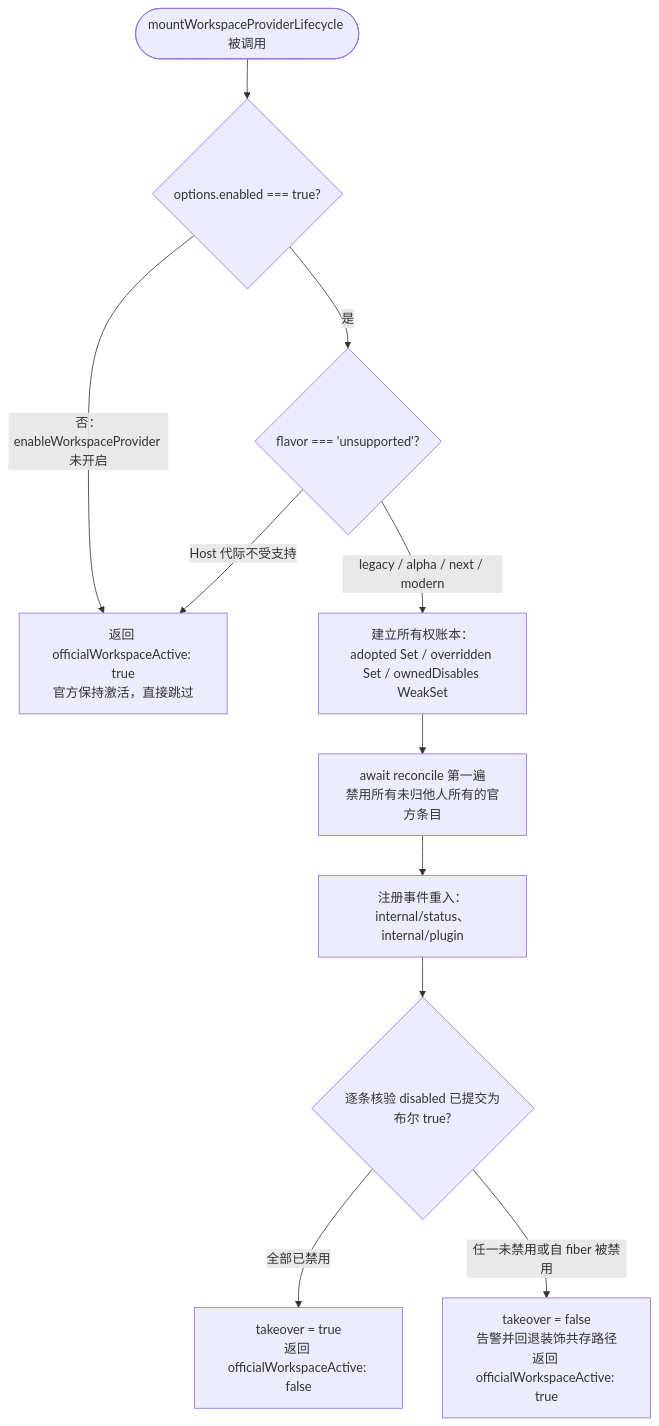
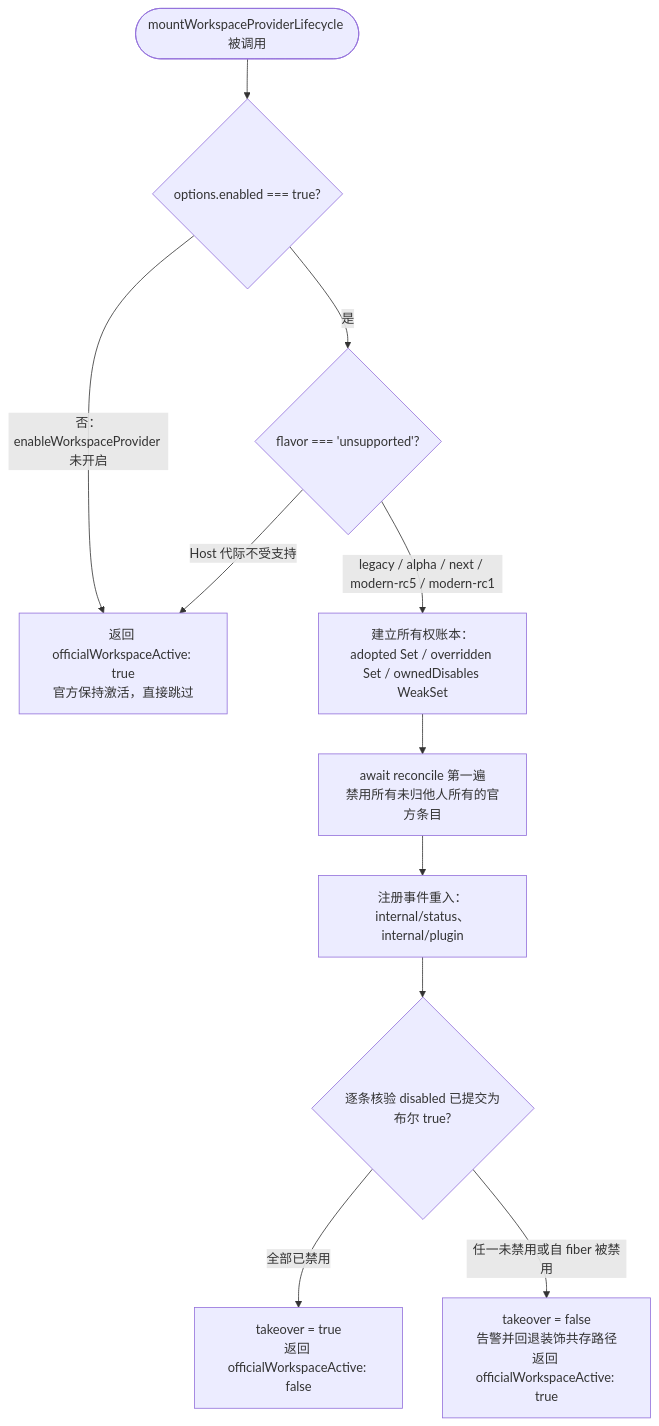
Before and after one commit to ikliml666/dsh-git-workspace: the second of 7 diagrams in .codewiki/_native-state/docs/core_worktree_domain_and_infrastructure/session_checkout_domain/session_checkout_runtime/workspace_provider_lifecycle.md, drawn with Mermaid. The commit also changed other lines of this file and 13 other files, not shown here.

````diff
--- a/.codewiki/_native-state/docs/core_worktree_domain_and_infrastructure/session_checkout_domain/session_checkout_runtime/workspace_provider_lifecycle.md
+++ b/.codewiki/_native-state/docs/core_worktree_domain_and_infrastructure/session_checkout_domain/session_checkout_runtime/workspace_provider_lifecycle.md
@@ -71,13 +71,13 @@
 ```mermaid
 flowchart TB
     Start(["mountWorkspaceProviderLifecycle 被调用"]) --> Gate1{"options.enabled === true?"}
     Gate1 -->|"否：enableWorkspaceProvider 未开启"| ReturnActive["返回 officialWorkspaceActive: true<br/>官方保持激活，直接跳过"]
     Gate1 -->|"是"| Gate2{"flavor === 'unsupported'?"}
     Gate2 -->|"Host 代际不受支持"| ReturnActive
-    Gate2 -->|"legacy / alpha / next / modern"| Ownership["建立所有权账本：<br/>adopted Set / overridden Set / ownedDisables WeakSet"]
+    Gate2 -->|"legacy / alpha / next / modern-rc5 / modern-rc1"| Ownership["建立所有权账本：<br/>adopted Set / overridden Set / ownedDisables WeakSet"]
     Ownership --> FirstReconcile["await reconcile 第一遍<br/>禁用所有未归他人所有的官方条目"]
     FirstReconcile --> RegisterEvents["注册事件重入：<br/>internal/status、internal/plugin"]
     RegisterEvents --> Verdict{"逐条核验 disabled 已提交为布尔 true?"}
     Verdict -->|"全部已禁用"| Takeover["takeover = true<br/>返回 officialWorkspaceActive: false"]
     Verdict -->|"任一未禁用或自 fiber 被禁用"| Coexist["takeover = false<br/>告警并回退装饰共存路径<br/>返回 officialWorkspaceActive: true"]
 ```
````
